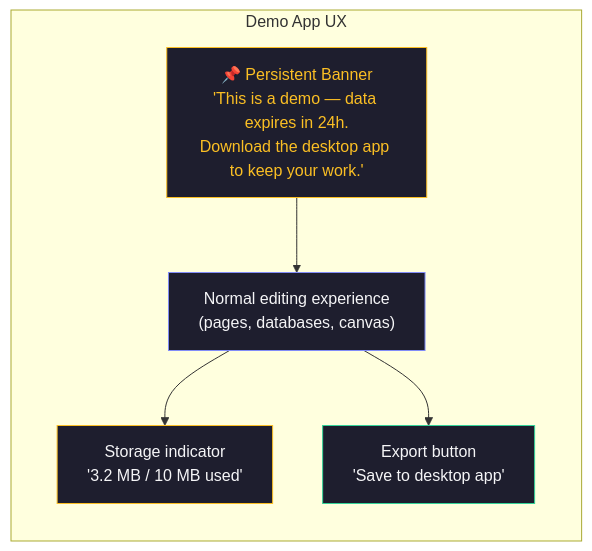
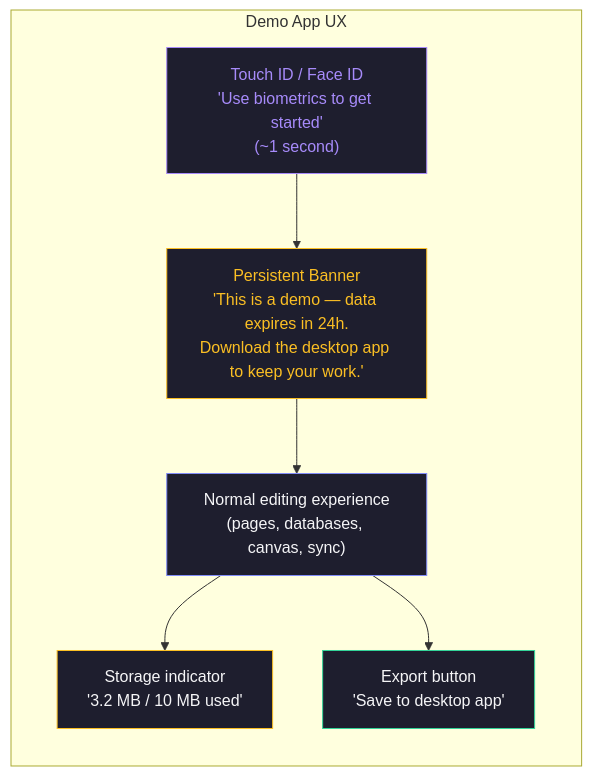
One commit to crs48/xNet changed the fifth of 13 diagrams in docs/explorations/0051_DEMO_HUB_ON_RAILWAY.md. Above: the diagram before and after it, drawn with Mermaid. The commit also changed other lines of this file, not shown here.

Commit message:
docs: update demo Hub exploration to passkey-first auth (no anonymous mode)

````diff
--- a/docs/explorations/0051_DEMO_HUB_ON_RAILWAY.md
+++ b/docs/explorations/0051_DEMO_HUB_ON_RAILWAY.md
@@ -380,19 +403,22 @@
 ```mermaid
 flowchart TB
     subgraph "Demo App UX"
         direction TB
-        BANNER["📌 Persistent Banner\n'This is a demo — data expires in 24h.\nDownload the desktop app to keep your work.'"]
-        EDITOR["Normal editing experience\n(pages, databases, canvas)"]
+        PASSKEY["Touch ID / Face ID\n'Use biometrics to get started'\n(~1 second)"]
+        BANNER["Persistent Banner\n'This is a demo — data expires in 24h.\nDownload the desktop app to keep your work.'"]
+        EDITOR["Normal editing experience\n(pages, databases, canvas, sync)"]
         QUOTA["Storage indicator\n'3.2 MB / 10 MB used'"]
         EXPORT["Export button\n'Save to desktop app'"]
     end
 
+    PASSKEY --> BANNER
     BANNER --> EDITOR
     EDITOR --> QUOTA
     EDITOR --> EXPORT
 
+    style PASSKEY fill:#1e1e2e,stroke:#a78bfa,color:#a78bfa
     style BANNER fill:#1e1e2e,stroke:#fbbf24,color:#fbbf24
     style EDITOR fill:#1e1e2e,stroke:#818cf8,color:#f5f5f7
     style QUOTA fill:#1e1e2e,stroke:#fbbf24,color:#f5f5f7
     style EXPORT fill:#1e1e2e,stroke:#34d399,color:#f5f5f7
 ```
````
